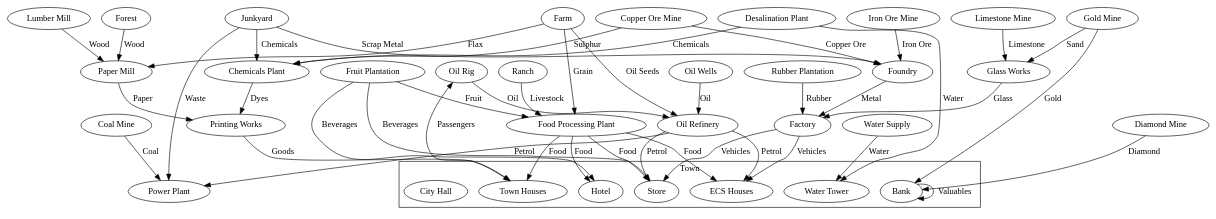
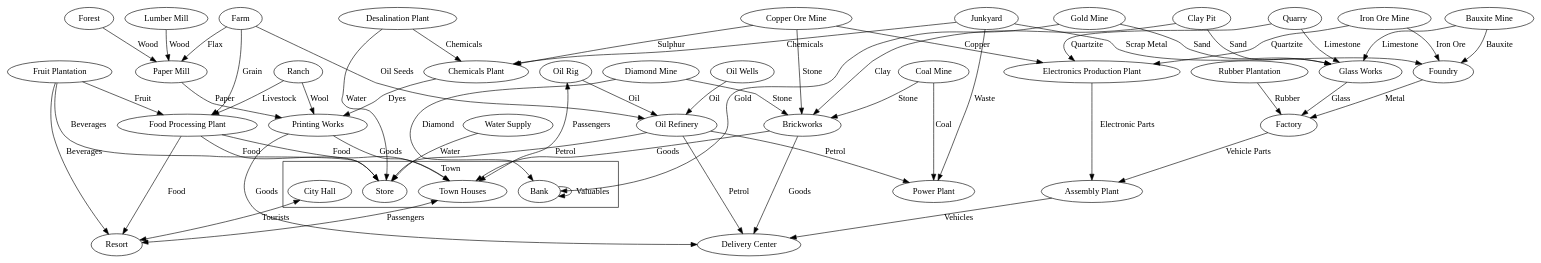
Before and after one commit to GraionDilach/simplistic-aggregated-industry-chains: the diagram in industry-chain.dot, drawn with Graphviz.

Commit message:
Update dotfile.

```diff
--- a/industry-chain.dot
+++ b/industry-chain.dot
@@ -1,84 +1,104 @@
 strict digraph {
     compound=true
     subgraph cluster_city {
         label = "Town"
-        Hotel
-        "ECS Houses"
         "Town Houses" [ shape=ellipse]
         "Store"
         "Bank"
-        "Water Tower"
         "City Hall"
     }
+    "Resort"
     "Coal Mine" [ shape=ellipse]
     "Power Plant" [ shape=ellipse]
     "Coal Mine" -> "Power Plant" [ label = "Coal"]
     "Oil Wells" [ shape=ellipse]
     "Oil Rig" [ shape=ellipse]
     "Oil Refinery" [ shape=ellipse]
     "Oil Wells" -> "Oil Refinery" [label = Oil]
     "Oil Rig" -> "Oil Refinery" [label = Oil]
     "Farm" [ shape=ellipse]
     "Factory"
     "Forest"
     "Lumber Mill"
     "Iron Ore Mine"
     "Foundry"
     "Paper Mill"
     "Iron Ore Mine" -> "Foundry" [label = "Iron Ore"]
     "Lumber Mill" -> "Paper Mill" [label = "Wood"]
     Forest -> "Paper Mill" [label = "Wood"]
     Farm -> "Paper Mill"  [label = "Flax"]
     "Foundry" -> Factory [label = "Metal"]
     "Food Processing Plant"
     Farm -> "Food Processing Plant"  [label = "Grain"]
     "Food Processing Plant" -> "Town Houses" [label = "Food"]
     "Copper Ore Mine"
-    "Copper Ore Mine" -> "Foundry" [label = "Copper Ore"]
     "Fruit Plantation"
     "Oil Refinery" -> "Store" [label = "Petrol"]
     "Fruit Plantation" "Oil Refinery"
     "Fruit Plantation" -> "Food Processing Plant" [label = "Fruit"]
-    "Food Processing Plant" -> "ECS Houses"  [label = "Food"]
-    "Oil Refinery" -> "ECS Houses" [label = "Petrol"]
-    "Food Processing Plant" -> Hotel [label = "Food"]
+    "Food Processing Plant" -> "Resort" [label = "Food"]
     "Rubber Plantation"
     "Ranch"
     Ranch -> "Food Processing Plant" [label="Livestock"]
     "Oil Rig" -> "Town Houses"[label="Passengers", dir=both]
     "Water Supply"
-    "Water Supply" -> "Water Tower" [label="Water"]
+    "Water Supply" -> "Store" [label="Water"]
     "Desalination Plant"
-    "Desalination Plant" -> "Water Tower" [label="Water"]
+    "Desalination Plant" -> "Store" [label="Water"]
     "Gold Mine"
     "Diamond Mine"
     Bank -> Bank[label="Valuables"]
     "Food Processing Plant" -> "Store" [label="Food"]
     "Junkyard" -> "Foundry" [label="Scrap Metal"]
-    "Fruit Plantation" -> Hotel [label="Beverages"]
+    "Fruit Plantation" "Store"
+    "Fruit Plantation" -> "Resort" [label="Beverages"]
     "Oil Refinery" -> "Power Plant" [label="Petrol"]
     "Junkyard"
     "Desalination Plant" "Oil Refinery"
     "Junkyard" -> "Power Plant"[label="Waste"]
     Bank
     "Gold Mine" -> Bank[label="Gold"]
     "Diamond Mine" -> Bank[label="Diamond"]
     "Chemicals Plant"
     "Copper Ore Mine" -> "Chemicals Plant"[label="Sulphur"]
     "Desalination Plant" -> "Chemicals Plant" [label="Chemicals"]
     Junkyard -> "Chemicals Plant" [label="Chemicals"]
     Farm -> "Oil Refinery" [label="Oil Seeds"]
     "Rubber Plantation" -> Factory [label=Rubber]
     "Printing Works"
     "Paper Mill" -> "Printing Works" [label=Paper]
     "Chemicals Plant" -> "Printing Works" [label=Dyes]
     "Printing Works" -> "Town Houses" [label=Goods]
-    Factory -> "ECS Houses" [label=Vehicles]
-    Factory -> Store [label=Vehicles]
     "Glass Works"
     "Gold Mine" -> "Glass Works" [label=Sand]
     "Glass Works" -> Factory [label=Glass]
-    "Limestone Mine"
-    "Limestone Mine" -> "Glass Works" [label=Limestone]
+    "Quarry"
+    "Quarry" -> "Glass Works" [label=Limestone]
     "Fruit Plantation" -> Store [label=Beverages]
+    Ranch -> "Printing Works" [label=Wool]
+    "Assembly Plant"
+    "Electronics Production Plant"
+    "Electronics Production Plant" -> "Assembly Plant" [label="Electronic Parts"]
+    Factory -> "Assembly Plant" [label="Vehicle Parts"]
+    "Copper Ore Mine" -> "Electronics Production Plant" [label=Copper]
+    "Brickworks"
+    "City Hall" -> Resort[label="Tourists", dir=both]
+    "Town Houses" -> Resort [label="Passengers", dir=both]
+    "Clay Pit"
+    "Coal Mine" -> Brickworks [label=Stone]
+    "Diamond Mine" -> Brickworks [label=Stone]
+    "Iron Ore Mine" -> "Electronics Production Plant" [label=Quartzite]
+    "Clay Pit" -> Brickworks [label=Clay]
+    Brickworks -> "Town Houses" [label=Goods]
+    "Clay Pit" -> "Glass Works" [label=Sand]
+    Quarry -> "Electronics Production Plant" [label=Quartzite]
+    "Bauxite Mine"
+    "Bauxite Mine" -> "Foundry" [label=Bauxite]
+    "Bauxite Mine" -> "Glass Works" [label=Limestone]
+    "Copper Ore Mine" -> Brickworks [label=Stone]
+    "Delivery Center"
+    "Assembly Plant" -> "Delivery Center" [label=Vehicles]
+    Brickworks -> "Delivery Center" [label=Goods]
+    "Printing Works" -> "Delivery Center" [label=Goods]
+    "Oil Refinery" -> "Delivery Center" [label=Petrol]
 }
```
